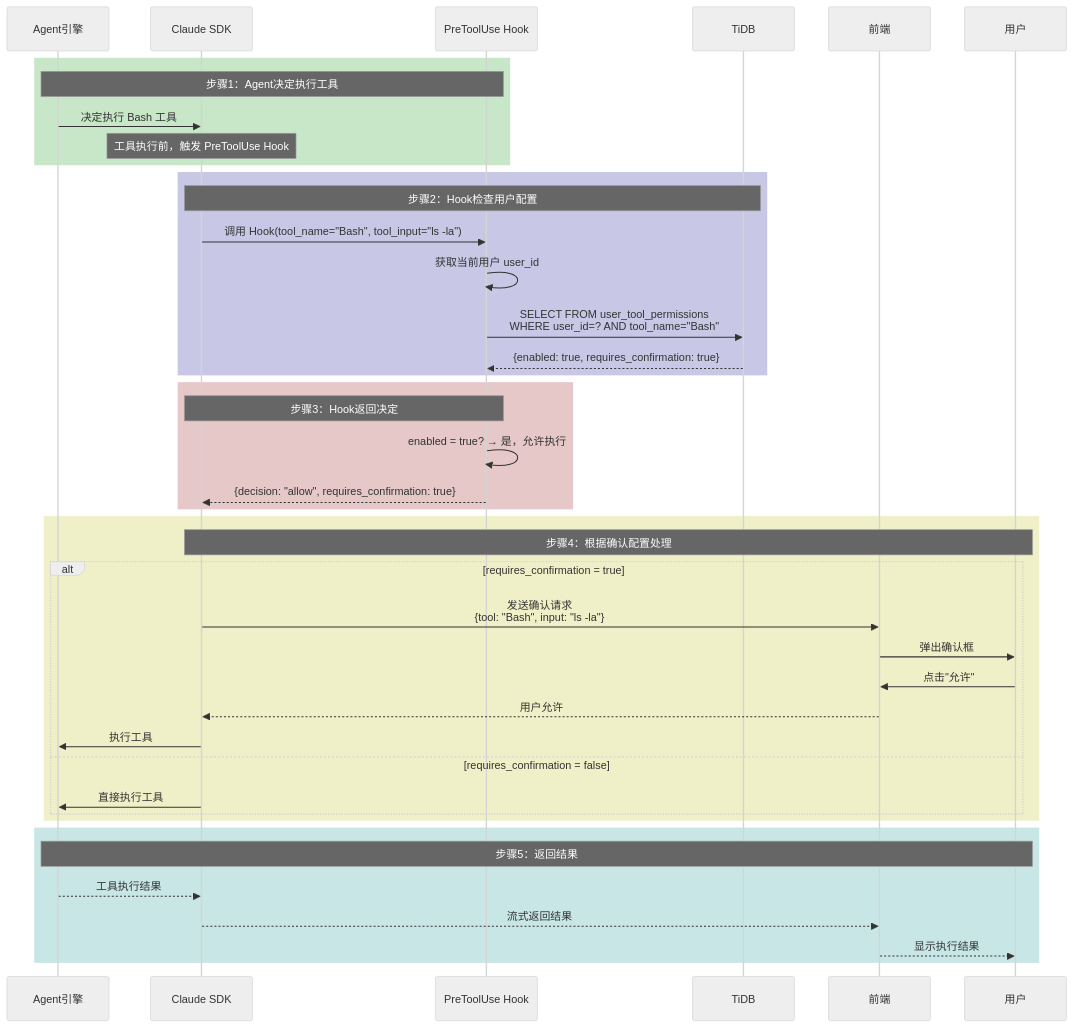
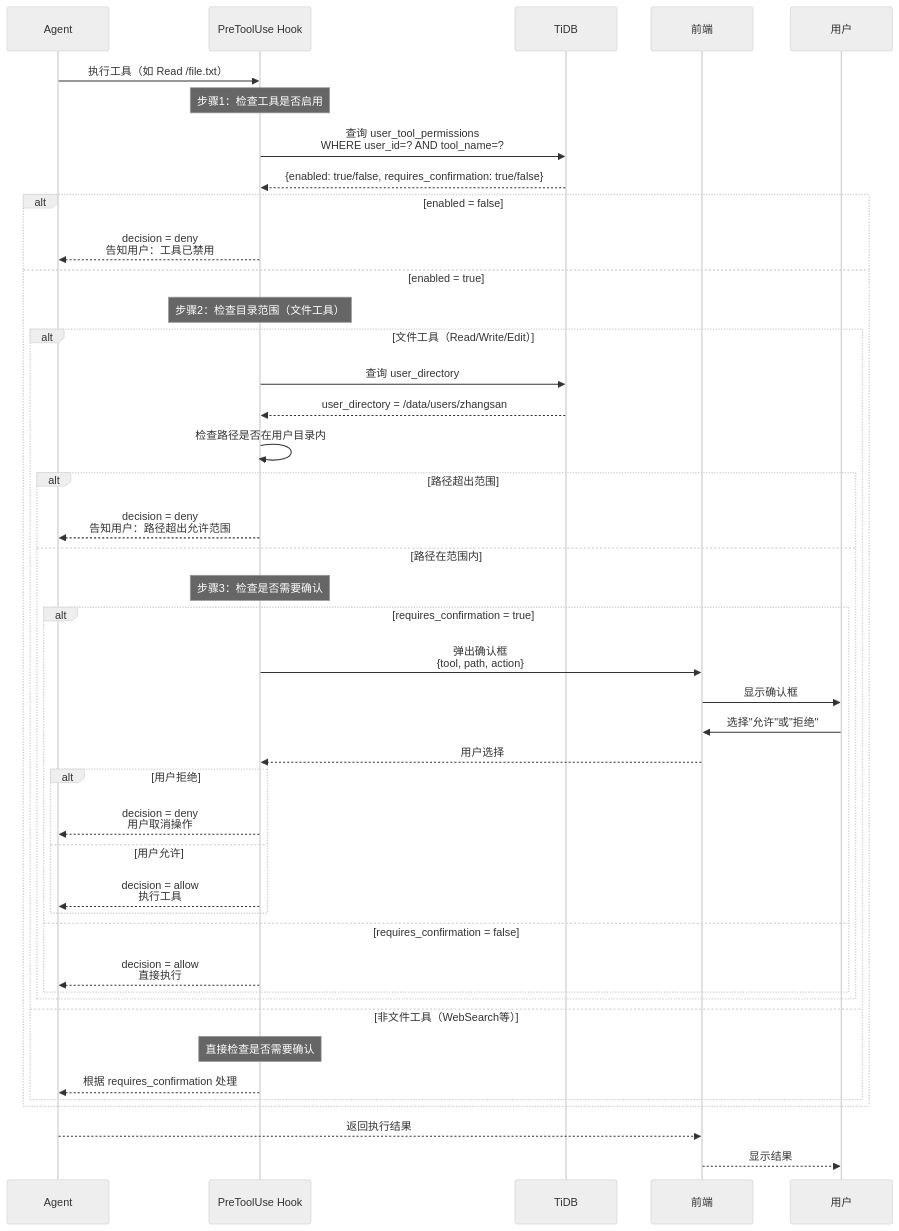
One commit to xiaocaipi/mm-doc changed diagram 25 of 37 in agent/agent_project_design_1.md. Above: the diagram before and after it, drawn with Mermaid (neutral theme). The commit also changed other lines of this file, not shown here.

````diff
--- a/agent/agent_project_design_1.md
+++ b/agent/agent_project_design_1.md
@@ -1350,49 +1334,55 @@
 ```mermaid
 sequenceDiagram
-    participant Agent as Agent引擎
-    participant SDK as Claude SDK
+    participant Agent as Agent
     participant Hook as PreToolUse Hook
     participant DB as TiDB
     participant Frontend as 前端
     participant User as 用户
     
-    rect rgb(200, 230, 200)
-        Note over Agent, Hook: 步骤1：Agent决定执行工具
-        Agent->>SDK: 决定执行 Bash 工具
-        Note over SDK: 工具执行前，触发 PreToolUse Hook
-    end
+    Agent->>Hook: 执行工具（如 Read /file.txt）
     
-    rect rgb(200, 200, 230)
-        Note over SDK, DB: 步骤2：Hook检查用户配置
-        SDK->>Hook: 调用 Hook(tool_name="Bash", tool_input="ls -la")
-        Hook->>Hook: 获取当前用户 user_id
-        Hook->>DB: SELECT FROM user_tool_permissions<br/>WHERE user_id=? AND tool_name="Bash"
-        DB-->>Hook: {enabled: true, requires_confirmation: true}
-    end
+    Note over Hook: 步骤1：检查工具是否启用
     
-    rect rgb(230, 200, 200)
-        Note over Hook, SDK: 步骤3：Hook返回决定
-        Hook->>Hook: enabled = true? → 是，允许执行
-        Hook-->>SDK: {decision: "allow", requires_confirmation: true}
-    end
+    Hook->>DB: 查询 user_tool_permissions<br/>WHERE user_id=? AND tool_name=?
+    DB-->>Hook: {enabled: true/false, requires_confirmation: true/false}
     
-    rect rgb(240, 240, 200)
-        Note over SDK, User: 步骤4：根据确认配置处理
-        alt requires_confirmation = true
-            SDK->>Frontend: 发送确认请求<br/>{tool: "Bash", input: "ls -la"}
-            Frontend->>User: 弹出确认框
-            User->>Frontend: 点击"允许"
-            Frontend-->>SDK: 用户允许
-            SDK->>Agent: 执行工具
-        else requires_confirmation = false
-            SDK->>Agent: 直接执行工具
+    alt enabled = false
+        Hook-->>Agent: decision = deny<br/>告知用户：工具已禁用
+    else enabled = true
+        Note over Hook: 步骤2：检查目录范围（文件工具）
+        
+        alt 文件工具（Read/Write/Edit）
+            Hook->>DB: 查询 user_directory
+            DB-->>Hook: user_directory = /data/users/zhangsan
+            
+            Hook->>Hook: 检查路径是否在用户目录内
+            
+            alt 路径超出范围
+                Hook-->>Agent: decision = deny<br/>告知用户：路径超出允许范围
+            else 路径在范围内
+                Note over Hook: 步骤3：检查是否需要确认
+                
+                alt requires_confirmation = true
+                    Hook->>Frontend: 弹出确认框<br/>{tool, path, action}
+                    Frontend->>User: 显示确认框
+                    User->>Frontend: 选择"允许"或"拒绝"
+                    Frontend-->>Hook: 用户选择
+                    
+                    alt 用户拒绝
+                        Hook-->>Agent: decision = deny<br/>用户取消操作
+                    else 用户允许
+                        Hook-->>Agent: decision = allow<br/>执行工具
+                    end
+                else requires_confirmation = false
+                    Hook-->>Agent: decision = allow<br/>直接执行
+                end
+            end
+        else 非文件工具（WebSearch等）
+            Note over Hook: 直接检查是否需要确认
+            Hook-->>Agent: 根据 requires_confirmation 处理
         end
     end
     
-    rect rgb(200, 230, 230)
-        Note over Agent, User: 步骤5：返回结果
-        Agent-->>SDK: 工具执行结果
-        SDK-->>Frontend: 流式返回结果
-        Frontend-->>User: 显示执行结果
-    end
+    Agent-->>Frontend: 返回执行结果
+    Frontend-->>User: 显示结果
 ```
````
